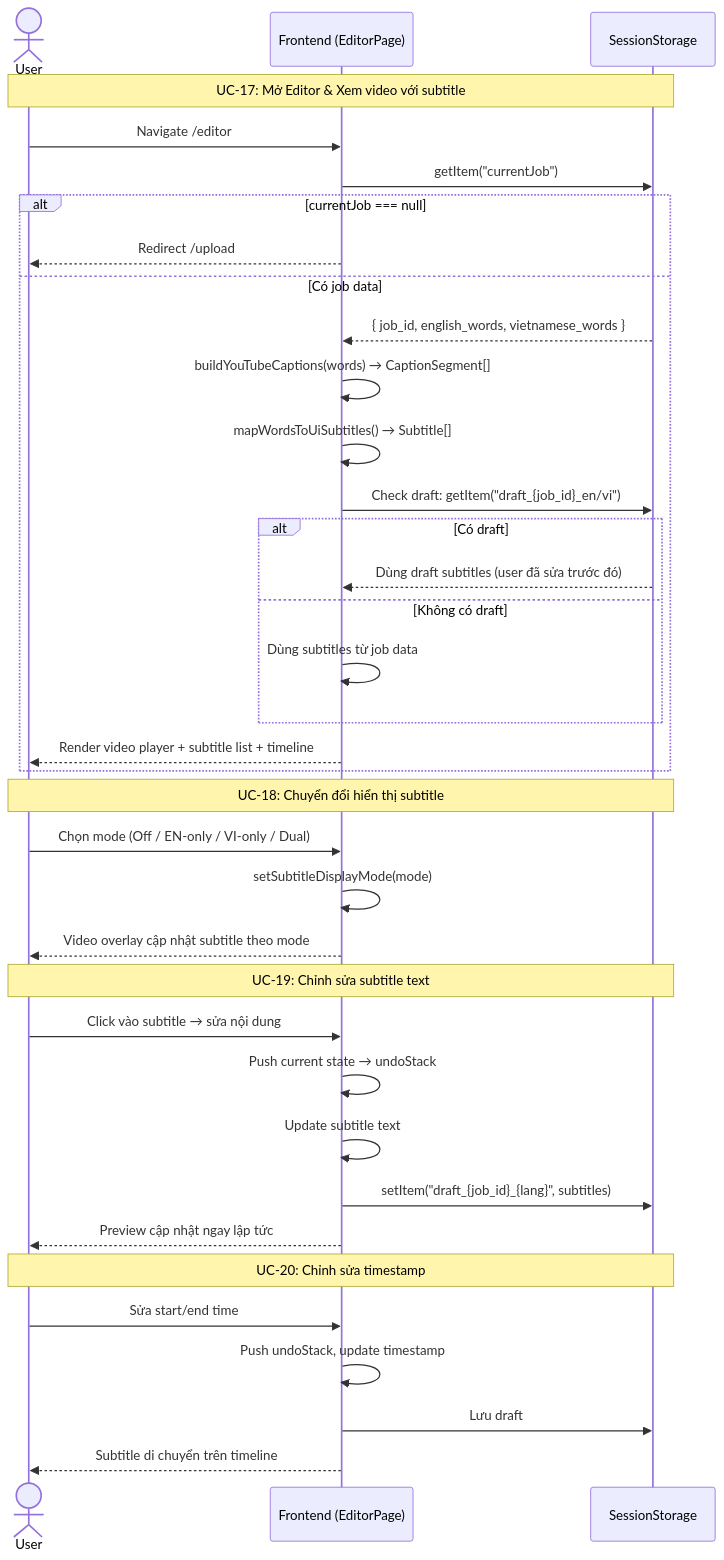
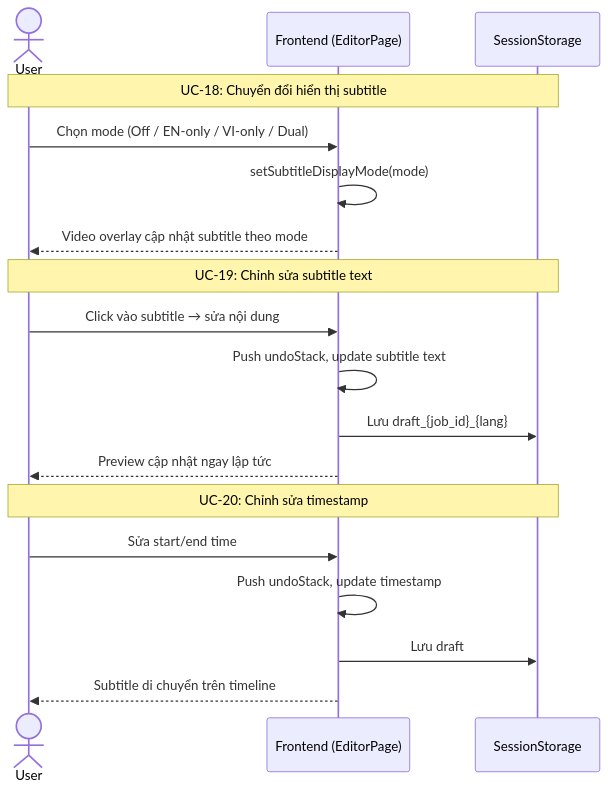
Diagram 11 of 22 in docs/system-flows.md (SonDinh1129/subtitle-project), drawn with Mermaid before and after one commit. The commit also changed other lines of this file and 1 other file, not shown here.

````diff
--- a/docs/system-flows.md
+++ b/docs/system-flows.md
@@ -353,42 +348,23 @@
 ```mermaid
 sequenceDiagram
     actor User
     participant FE as Frontend (EditorPage)
     participant SS as SessionStorage
-
-    Note over User,SS: UC-17: Mở Editor & Xem video với subtitle
-    User->>FE: Navigate /editor
-    FE->>SS: getItem("currentJob")
-    alt currentJob === null
-        FE-->>User: Redirect /upload
-    else Có job data
-        SS-->>FE: { job_id, english_words, vietnamese_words }
-        FE->>FE: buildYouTubeCaptions(words) → CaptionSegment[]
-        FE->>FE: mapWordsToUiSubtitles() → Subtitle[]
-        FE->>SS: Check draft: getItem("draft_{job_id}_en/vi")
-        alt Có draft
-            SS-->>FE: Dùng draft subtitles (user đã sửa trước đó)
-        else Không có draft
-            FE->>FE: Dùng subtitles từ job data
-        end
-        FE-->>User: Render video player + subtitle list + timeline
-    end
 
     Note over User,SS: UC-18: Chuyển đổi hiển thị subtitle
     User->>FE: Chọn mode (Off / EN-only / VI-only / Dual)
     FE->>FE: setSubtitleDisplayMode(mode)
     FE-->>User: Video overlay cập nhật subtitle theo mode
 
     Note over User,SS: UC-19: Chỉnh sửa subtitle text
     User->>FE: Click vào subtitle → sửa nội dung
-    FE->>FE: Push current state → undoStack
-    FE->>FE: Update subtitle text
-    FE->>SS: setItem("draft_{job_id}_{lang}", subtitles)
+    FE->>FE: Push undoStack, update subtitle text
+    FE->>SS: Lưu draft_{job_id}_{lang}
     FE-->>User: Preview cập nhật ngay lập tức
 
     Note over User,SS: UC-20: Chỉnh sửa timestamp
     User->>FE: Sửa start/end time
     FE->>FE: Push undoStack, update timestamp
     FE->>SS: Lưu draft
     FE-->>User: Subtitle di chuyển trên timeline
 ```
````
